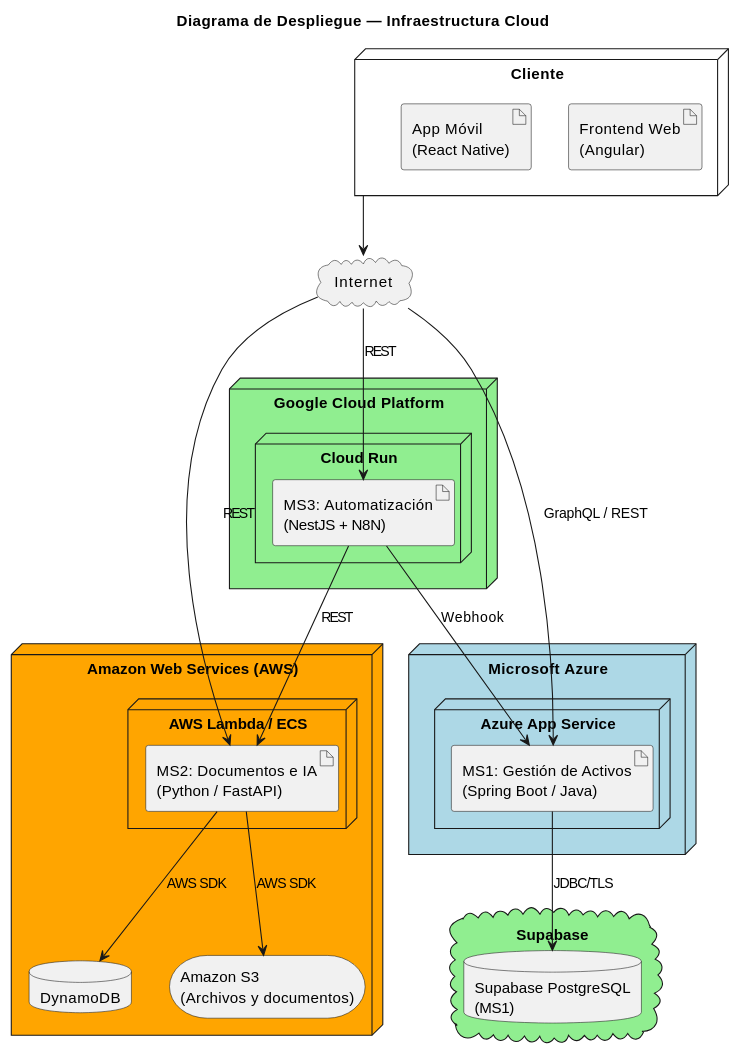
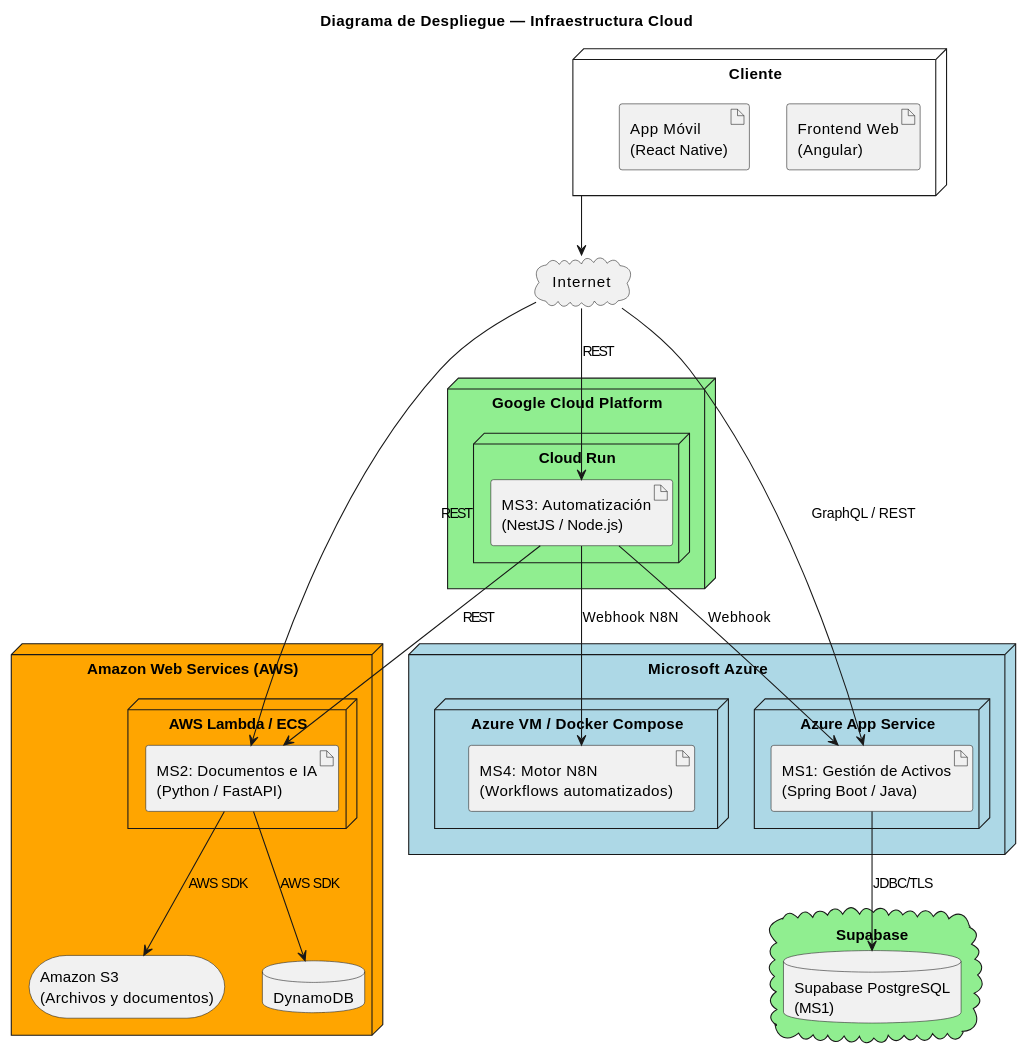
One commit to borysinho/microservicios-activos-fijos changed the third of 15 diagrams in docs/Propuesta - Sistema de Activos Fijos.md. Above: the diagram before and after it, drawn with PlantUML. The commit also changed other lines of this file and 23 other files, not shown here.

````diff
--- a/docs/Propuesta - Sistema de Activos Fijos.md
+++ b/docs/Propuesta - Sistema de Activos Fijos.md
@@ -119,49 +124,53 @@
 ```plantuml
 @startuml Despliegue
 title Diagrama de Despliegue — Infraestructura Cloud
 
 node "Microsoft Azure" as azure #lightblue {
     node "Azure App Service" as app_service {
         artifact "MS1: Gestión de Activos\n(Spring Boot / Java)" as ms1_app
+    }
+    node "Azure VM / Docker Compose" as azure_n8n {
+        artifact "MS4: Motor N8N\n(Workflows automatizados)" as ms4_app
     }
 }
 
 cloud "Supabase" as supabase #lightgreen {
     database "Supabase PostgreSQL\n(MS1)" as pg_db
 }
 
 ms1_app --> pg_db : JDBC/TLS
 
 node "Amazon Web Services (AWS)" as aws #orange {
     node "AWS Lambda / ECS" as ecs {
         artifact "MS2: Documentos e IA\n(Python / FastAPI)" as ms2_app
     }
     database "DynamoDB" as dynamo_db
     storage "Amazon S3\n(Archivos y documentos)" as s3_storage
     ms2_app --> dynamo_db : AWS SDK
     ms2_app --> s3_storage : AWS SDK
 }
 
 node "Google Cloud Platform" as gcp #lightgreen {
     node "Cloud Run" as cloud_run {
-        artifact "MS3: Automatización\n(NestJS + N8N)" as ms3_app
+        artifact "MS3: Automatización\n(NestJS / Node.js)" as ms3_app
     }
 }
 
 node "Cliente" as client {
     artifact "Frontend Web\n(Angular)" as ng_app
     artifact "App Móvil\n(React Native)" as rn_app
 }
 
 cloud "Internet" as internet
 
 client --> internet
 internet --> ms1_app : GraphQL / REST
 internet --> ms2_app : REST
 internet --> ms3_app : REST
 
 ms3_app --> ms1_app : Webhook
 ms3_app --> ms2_app : REST
+ms3_app --> ms4_app : Webhook N8N
 
 @enduml
 ```
````
